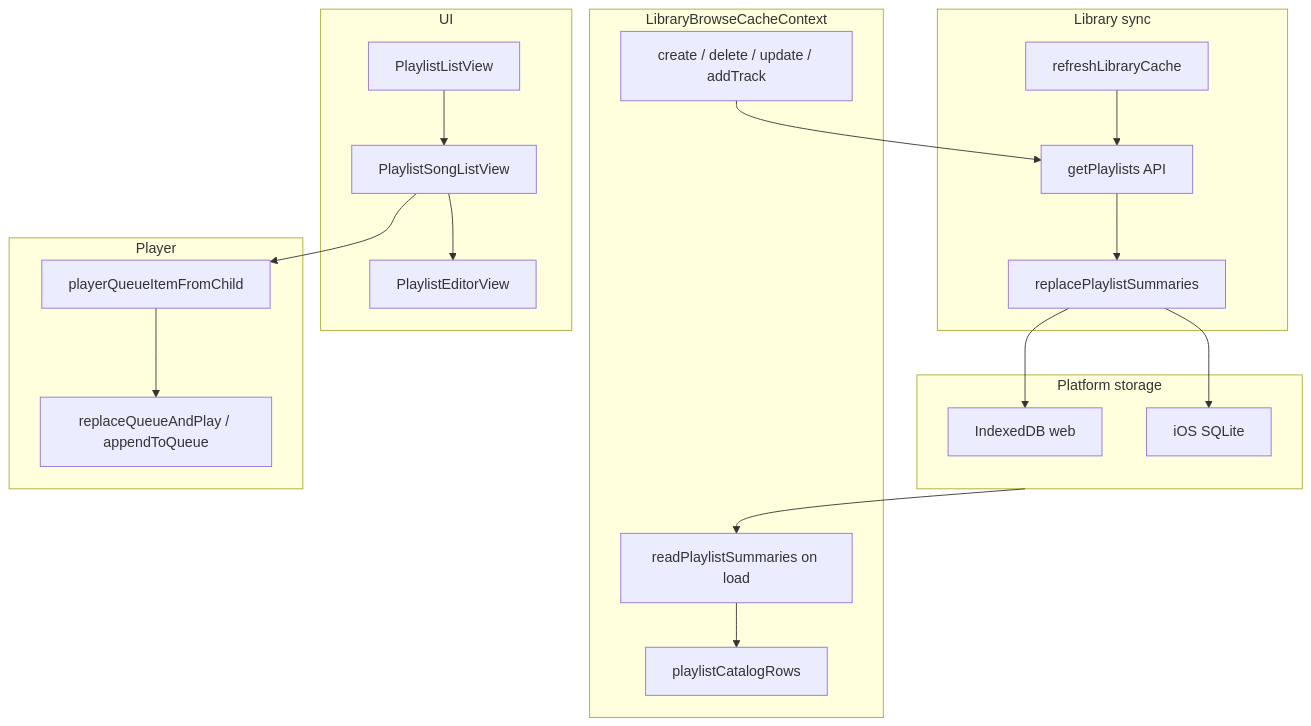
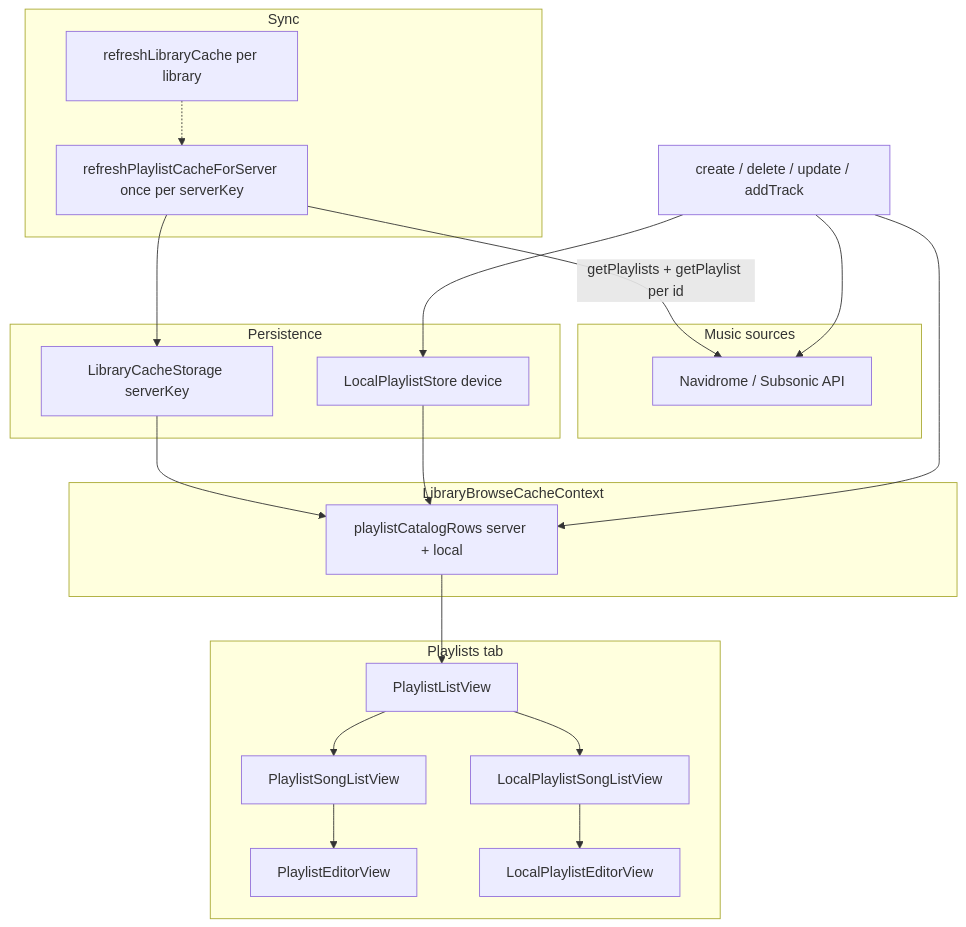
Before and after one commit to gentlespoon/AsMusic: the diagram in doc/features/playlist.md, drawn with Mermaid. The commit also changed other lines of this file and 18 other files, not shown here.

````diff
--- a/doc/features/playlist.md
+++ b/doc/features/playlist.md
@@ -14,35 +26,42 @@
 ```mermaid
 flowchart TB
-  subgraph sync [Library sync]
-    Refresh[refreshLibraryCache]
-    GP[getPlaylists API]
-    W[replacePlaylistSummaries]
-    Refresh --> GP --> W
+  subgraph sources [Music sources]
+    Subsonic[Navidrome / Subsonic API]
   end
-  subgraph storage [Platform storage]
-    IDB[IndexedDB web]
-    SQLite[iOS SQLite]
-    W --> IDB
-    W --> SQLite
+
+  subgraph sync [Sync]
+    SongRefresh[refreshLibraryCache per library]
+    PlRefresh[refreshPlaylistCacheForServer once per serverKey]
+    SongRefresh -.-> PlRefresh
+    PlRefresh -->|getPlaylists + getPlaylist per id| Subsonic
   end
-  subgraph context [LibraryBrowseCacheContext]
-    RD[readPlaylistSummaries on load]
-    Rows[playlistCatalogRows]
-    Mutations[create / delete / update / addTrack]
-    RD --> Rows
+
+  subgraph storage [Persistence]
+    ServerCache[LibraryCacheStorage serverKey]
+    LocalStore[LocalPlaylistStore device]
+    PlRefresh --> ServerCache
   end
-  subgraph ui [UI]
+
+  subgraph state [LibraryBrowseCacheContext]
+    Catalog[playlistCatalogRows server + local]
+    ServerCache --> Catalog
+    LocalStore --> Catalog
+  end
+
+  subgraph ui [Playlists tab]
     List[PlaylistListView]
-    Detail[PlaylistSongListView]
-    Editor[PlaylistEditorView]
-    List --> Detail
-    Detail --> Editor
+    ServerDetail[PlaylistSongListView]
+    LocalDetail[LocalPlaylistSongListView]
+    ServerEdit[PlaylistEditorView]
+    LocalEdit[LocalPlaylistEditorView]
+    List --> ServerDetail
+    List --> LocalDetail
+    ServerDetail --> ServerEdit
+    LocalDetail --> LocalEdit
   end
-  subgraph play [Player]
-    PQ[playerQueueItemFromChild]
-    PM[replaceQueueAndPlay / appendToQueue]
-    Detail --> PQ --> PM
-  end
-  storage --> RD
-  Mutations --> GP
+
+  Catalog --> List
+  Mutate[create / delete / update / addTrack] --> Subsonic
+  Mutate --> LocalStore
+  Mutate --> Catalog
 ```
````
